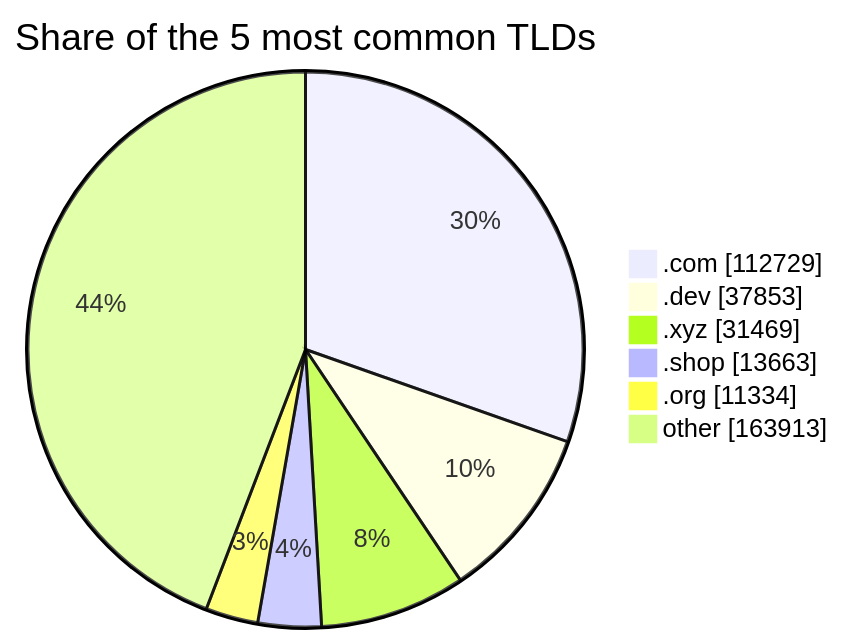
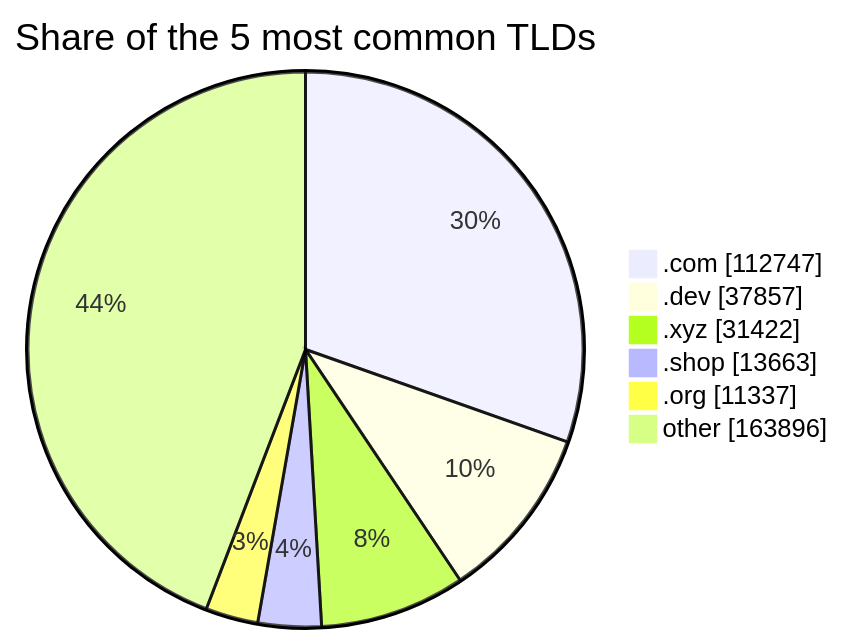
The third of 3 diagrams in README.md (DNSBunker/CTI), drawn with Mermaid before and after one commit. The commit also changed other lines of this file and 3 other files, not shown here.

````diff
--- a/README.md
+++ b/README.md
@@ -81,9 +81,9 @@
 ```mermaid
 pie showData title Share of the 5 most common TLDs
-    ".com" : 112729
-    ".dev" : 37853
-    ".xyz" : 31469
+    ".com" : 112747
+    ".dev" : 37857
+    ".xyz" : 31422
     ".shop" : 13663
-    ".org" : 11334
-    "other" : 163913
+    ".org" : 11337
+    "other" : 163896
 ```
````
